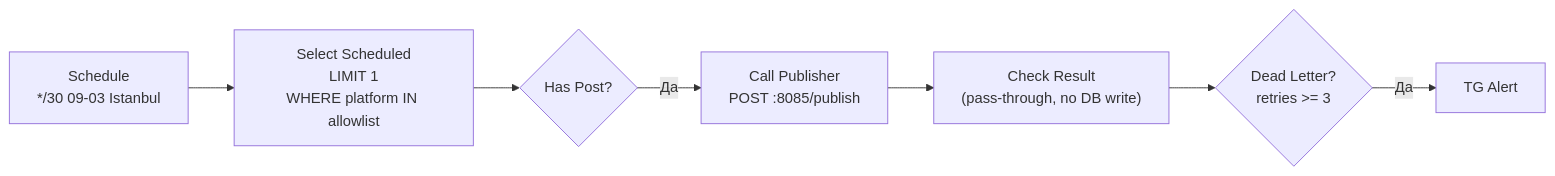
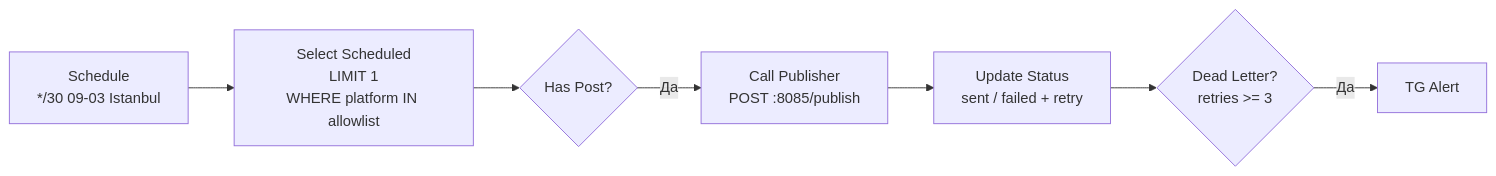
Before and after one commit to TimmyZinin/content-pipeline: the sixth of 7 diagrams in docs/Workflows.md, drawn with Mermaid. The commit also changed other lines of this file and 1 other file, not shown here.

````diff
--- a/docs/Workflows.md
+++ b/docs/Workflows.md
@@ -123,9 +123,9 @@
 ```mermaid
 flowchart LR
     CRON["Schedule\n*/30 09-03 Istanbul"] --> SQL["Select Scheduled\nLIMIT 1\nWHERE platform IN allowlist"]
     SQL --> IF1{"Has Post?"}
     IF1 -->|Да| HTTP["Call Publisher\nPOST :8085/publish"]
-    HTTP --> CHK["Check Result\n(pass-through, no DB write)"]
-    CHK --> IF2{"Dead Letter?\nretries >= 3"}
+    HTTP --> UPD["Update Status\nsent / failed + retry"]
+    UPD --> IF2{"Dead Letter?\nretries >= 3"}
     IF2 -->|Да| TG["TG Alert"]
 ```
````
